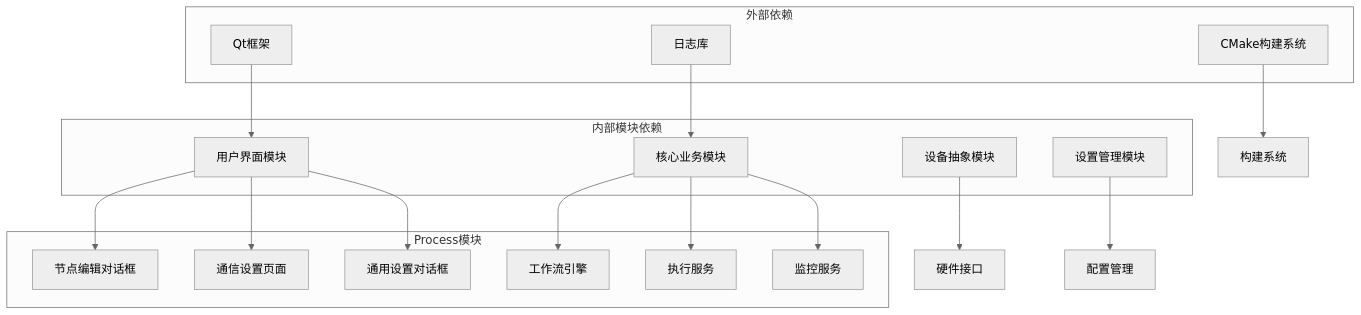
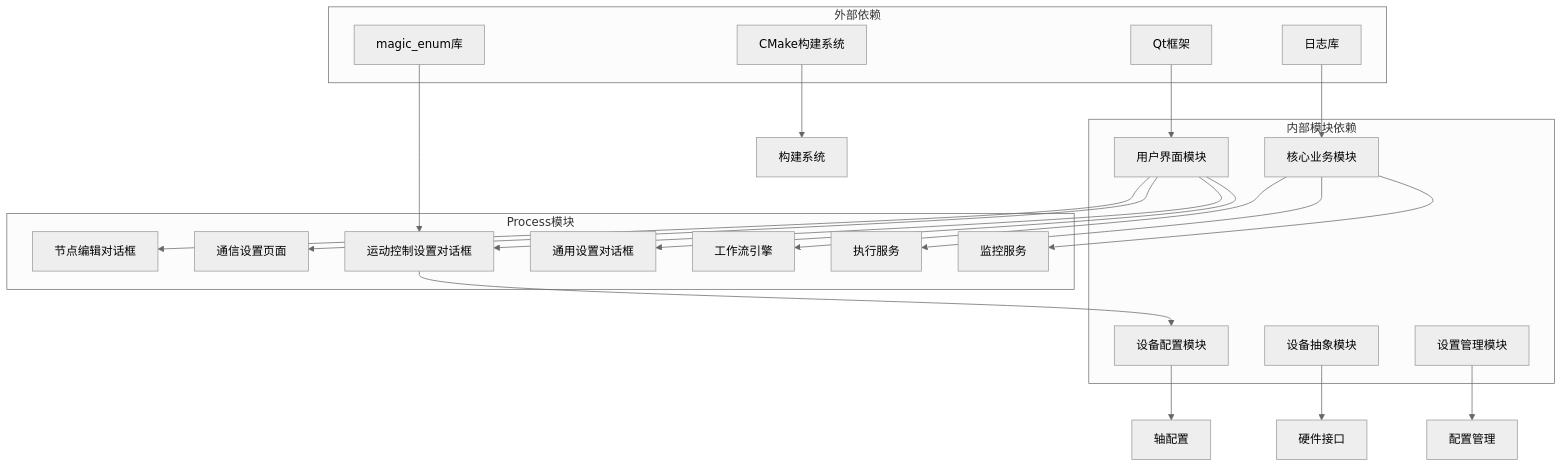
One commit to super1wang/LaserCNCv1.0 changed the seventh of 7 diagrams in .qoder/repowiki/zh/content/项目概述/模块设计/Process模块设计/Process模块设置对话框健壮性增强.md. Above: the diagram before and after it, drawn with Mermaid (neutral theme). The commit also changed other lines of this file and 13 other files, not shown here.

````diff
--- a/.qoder/repowiki/zh/content/项目概述/模块设计/Process模块设计/Process模块设置对话框健壮性增强.md
+++ b/.qoder/repowiki/zh/content/项目概述/模块设计/Process模块设计/Process模块设置对话框健壮性增强.md
@@ -270,33 +398,40 @@
 ```mermaid
 graph TD
 subgraph "外部依赖"
 Qt[Qt框架]
 CMake[CMake构建系统]
 spdlog[日志库]
+magic_enum[magic_enum库]
 end
 subgraph "内部模块依赖"
 UI[用户界面模块]
 Core[核心业务模块]
 Device[设备抽象模块]
 Settings[设置管理模块]
+DT[设备配置模块]
 end
 subgraph "Process模块"
 NodeEdit[节点编辑对话框]
 CommSettings[通信设置页面]
+MotionControl[运动控制设置对话框]
 GeneralDlg[通用设置对话框]
 Workflow[工作流引擎]
 Execution[执行服务]
 Monitor[监控服务]
 end
 Qt --> UI
 CMake --> Build[构建系统]
 spdlog --> Core
+magic_enum --> MotionControl
 UI --> NodeEdit
 UI --> CommSettings
+UI --> MotionControl
 UI --> GeneralDlg
 Core --> Workflow
 Core --> Execution
 Core --> Monitor
 Device --> Hardware[硬件接口]
 Settings --> Config[配置管理]
+DT --> AxisConfig[轴配置]
+MotionControl --> DT
 ```
````
